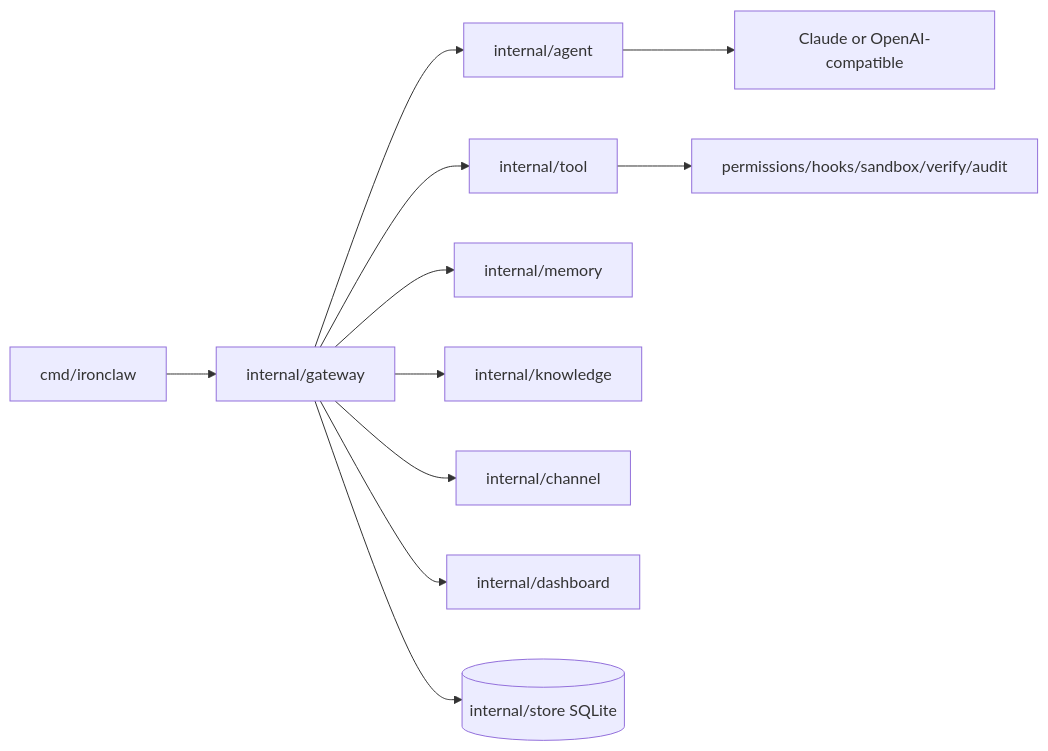
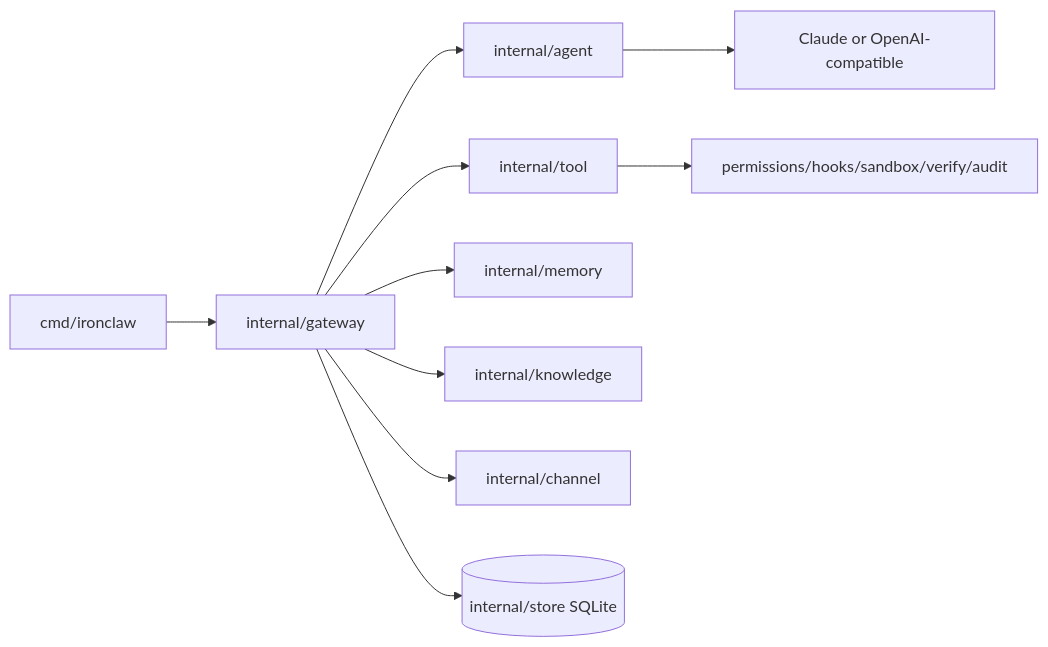
Before and after one commit to Forest-Isle/daimon: the diagram in docs/README.md, drawn with Mermaid. The commit also changed other lines of this file and 61 other files, not shown here.

````diff
--- a/docs/README.md
+++ b/docs/README.md
@@ -32,13 +32,12 @@
 ```mermaid
 flowchart LR
     CLI[cmd/ironclaw] --> Gateway[internal/gateway]
     Gateway --> Agent[internal/agent]
     Gateway --> Tools[internal/tool]
     Gateway --> Memory[internal/memory]
     Gateway --> Knowledge[internal/knowledge]
     Gateway --> Channels[internal/channel]
-    Gateway --> Dashboard[internal/dashboard]
     Gateway --> Store[(internal/store SQLite)]
     Agent --> Provider[Claude or OpenAI-compatible]
     Tools --> Sandbox[permissions/hooks/sandbox/verify/audit]
 ```
````
